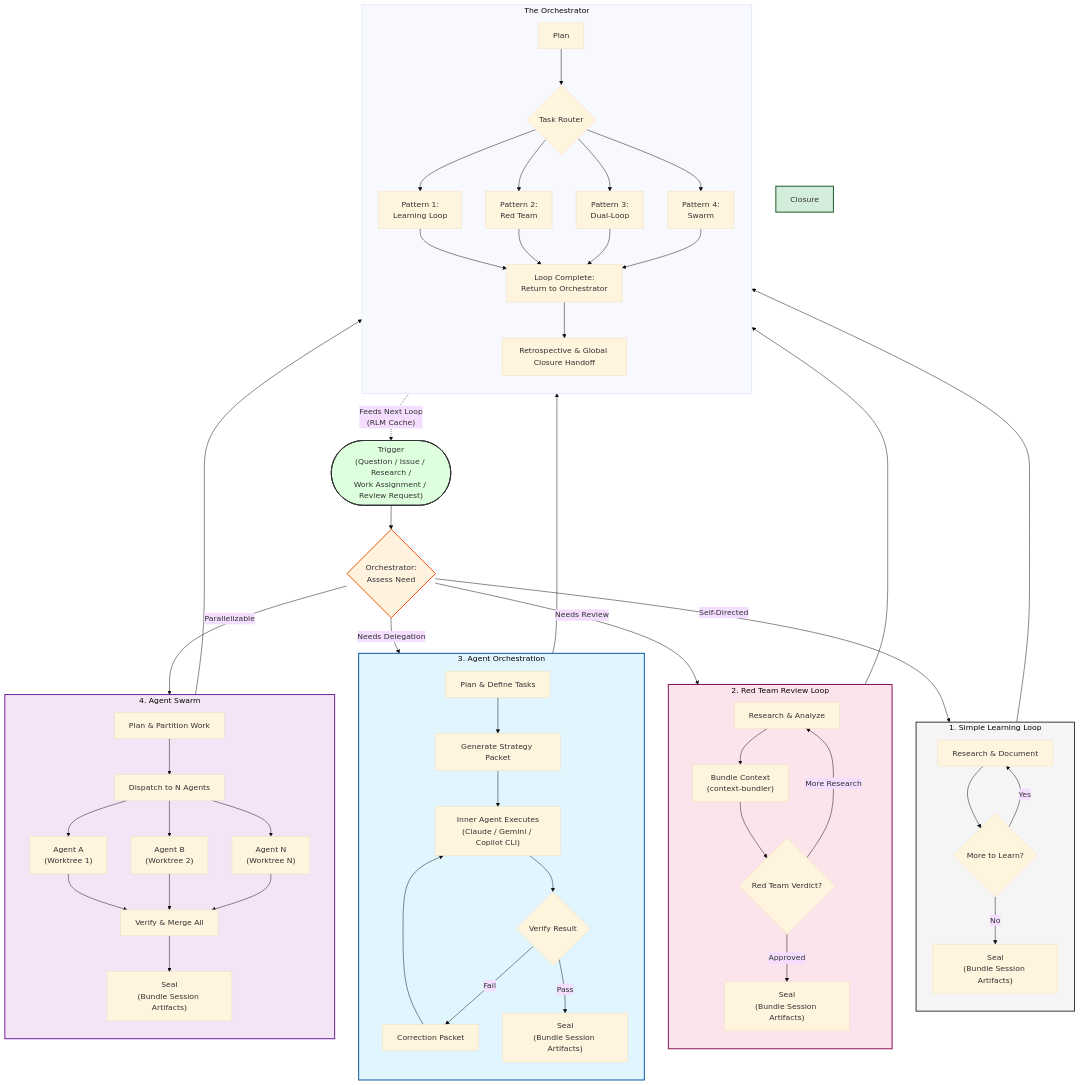
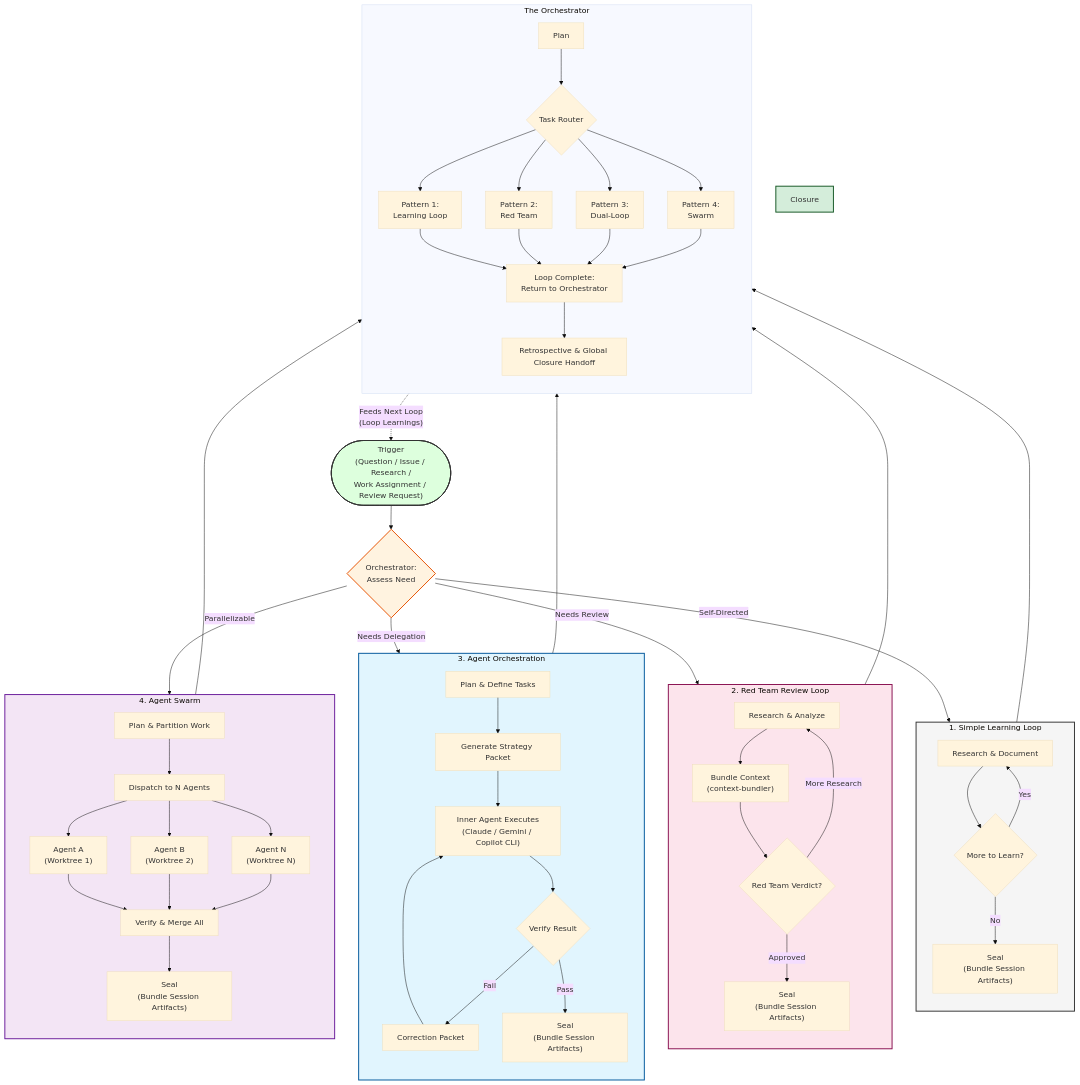
One commit to richfrem/agent-plugins-skills changed the diagram in plugins/agent-loops/assets/diagrams/agent_loops_overview.mmd. Above: the diagram before and after it, drawn with Mermaid. The commit also changed 40 other files, not shown here.

First line of the commit message:
chore(0027): purge stale refs and dead diagrams post-simplification

```diff
--- a/plugins/agent-loops/assets/diagrams/agent_loops_overview.mmd
+++ b/plugins/agent-loops/assets/diagrams/agent_loops_overview.mmd
@@ -1,88 +1,88 @@
 ---
 config:
   layout: dagre
   theme: base
 ---
 
 %% Agent Loops: Overview
 %% The orchestrator assesses the trigger and routes to the appropriate loop pattern.
 %% Location: resources/diagrams/agent_loops_overview.mmd
 
 flowchart TB
     Trigger(["Trigger<br>(Question / Issue / Research /<br>Work Assignment / Review Request)"])
 
     Trigger --> Assess{"Orchestrator:<br>Assess Need"}
 
     %% ─── PATTERN 1: SIMPLE LEARNING LOOP ───
     Assess -- "Self-Directed" --> SimpleLoop
     subgraph SimpleLoop ["1. Simple Learning Loop"]
         direction TB
         SL_Research["Research & Document"] --> SL_Iterate{"More to Learn?"}
         SL_Iterate -- Yes --> SL_Research
         SL_Iterate -- No --> SL_Seal["Seal<br>(Bundle Session Artifacts)"]
     end
 
     %% ─── PATTERN 2: RED TEAM REVIEW LOOP ───
     Assess -- "Needs Review" --> RedTeam
     subgraph RedTeam ["2. Red Team Review Loop"]
         direction TB
         RT_Research["Research & Analyze"] --> RT_Bundle["Bundle Context<br>(context-bundler)"]
         RT_Bundle --> RT_Review{"Red Team Verdict?"}
         RT_Review -- "More Research" --> RT_Research
         RT_Review -- "Approved" --> RT_Seal["Seal<br>(Bundle Session Artifacts)"]
     end
 
     %% ─── PATTERN 3: AGENT ORCHESTRATION ───
     Assess -- "Needs Delegation" --> AgentOrch
     subgraph AgentOrch ["3. Agent Orchestration"]
         direction TB
         AO_Plan["Plan & Define Tasks"] --> AO_Packet["Generate Strategy Packet"]
         AO_Packet --> AO_Inner["Inner Agent Executes<br>(Claude / Gemini / Copilot CLI)"]
         AO_Inner --> AO_Verify{"Verify Result"}
         AO_Verify -- Fail --> AO_Correct["Correction Packet"] --> AO_Inner
         AO_Verify -- Pass --> AO_Seal["Seal<br>(Bundle Session Artifacts)"]
     end
 
     %% ─── PATTERN 4: AGENT SWARM ───
     Assess -- "Parallelizable" --> Swarm
     subgraph Swarm ["4. Agent Swarm"]
         direction TB
         SW_Plan["Plan & Partition Work"] --> SW_Dispatch["Dispatch to N Agents"]
         SW_Dispatch --> SW_A["Agent A<br>(Worktree 1)"]
         SW_Dispatch --> SW_B["Agent B<br>(Worktree 2)"]
         SW_Dispatch --> SW_N["Agent N<br>(Worktree N)"]
         SW_A --> SW_Merge["Verify & Merge All"]
         SW_B --> SW_Merge
         SW_N --> SW_Merge
         SW_Merge --> SW_Seal["Seal<br>(Bundle Session Artifacts)"]
     end
 
     %% ─── CLOSURE (SHARED) ───
     subgraph Orchestrator [The Orchestrator]
         direction TB
         Plan --> Route{Task Router}
         Route --> Pat1[Pattern 1:<br>Learning Loop]
         Route --> Pat2[Pattern 2:<br>Red Team]
         Route --> Pat3[Pattern 3:<br>Dual-Loop]
         Route --> Pat4[Pattern 4:<br>Swarm]
         
         Pat1 & Pat2 & Pat3 & Pat4 --> Handoff[Loop Complete:<br>Return to Orchestrator]
         Handoff --> Retro[Retrospective & Global Closure Handoff]
     end
 
     SL_Seal --> Handoff
     RT_Seal --> Handoff
     AO_Seal --> Handoff
     SW_Seal --> Handoff
 
     %% Recursive: learnings feed the next trigger
-    Retro -.->|"Feeds Next Loop<br>(RLM Cache)"| Trigger
+    Retro -.->|"Feeds Next Loop<br>(Loop Learnings)"| Trigger
 
     %% Styles
     style Trigger fill:#dfd,stroke:#333,stroke-width:2px
     style Assess fill:#fff3e0,stroke:#e65100,stroke-width:2px
     style SimpleLoop fill:#f5f5f5,stroke:#333,stroke-width:2px
     style RedTeam fill:#fce4ec,stroke:#880e4f,stroke-width:2px
     style AgentOrch fill:#e1f5fe,stroke:#01579b,stroke-width:2px
     style Swarm fill:#f3e5f5,stroke:#6a1b9a,stroke-width:2px
     style Closure fill:#d4edda,stroke:#155724,stroke-width:2px
```
